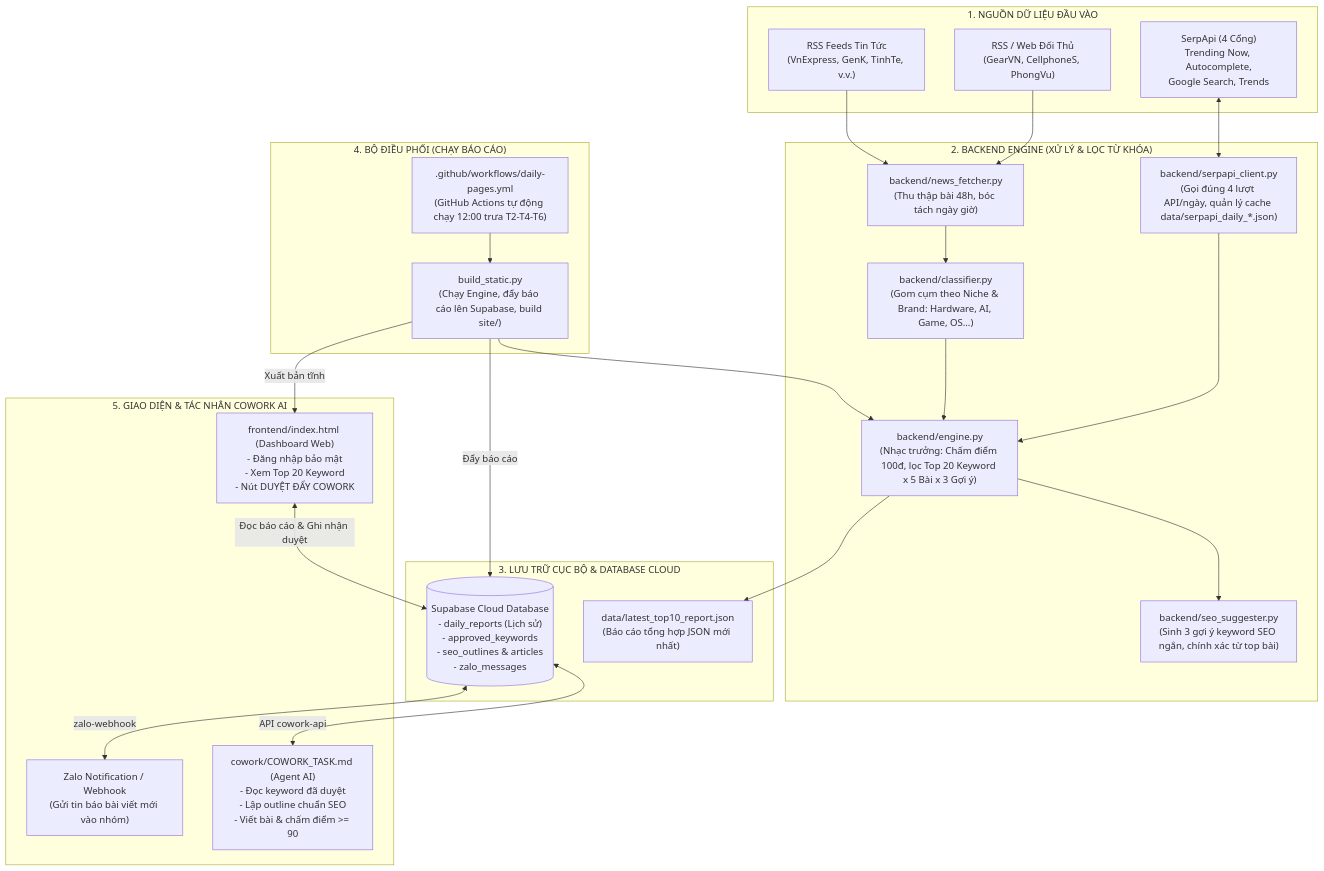
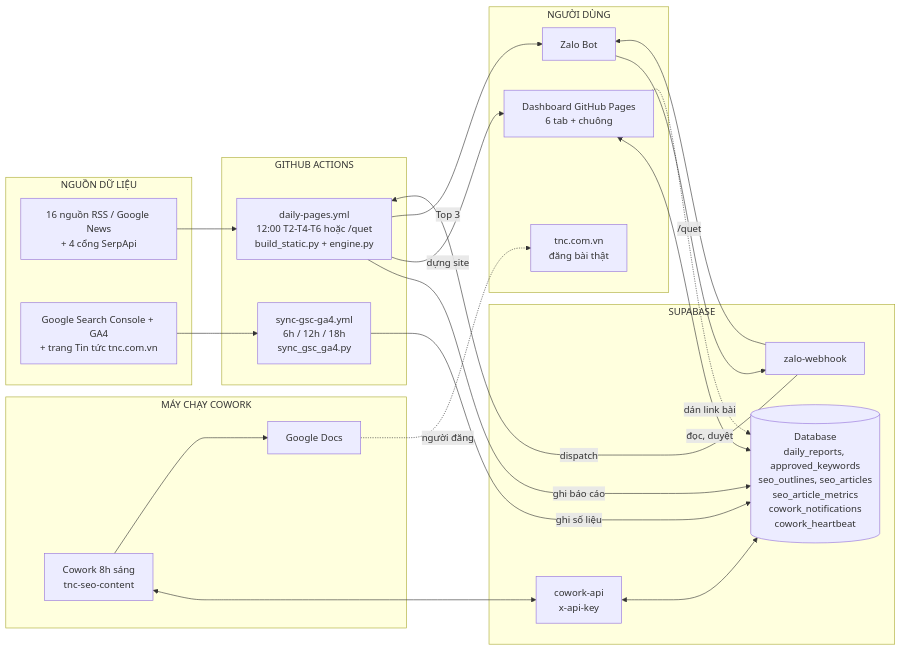
Before and after one commit to trantrang674/KEY_TNC: the first of 2 diagrams in docs/README_SO_DO_HE_THONG.md, drawn with Mermaid. The commit also changed other lines of this file and 9 other files, not shown here.

````diff
--- a/docs/README_SO_DO_HE_THONG.md
+++ b/docs/README_SO_DO_HE_THONG.md
@@ -18,53 +20,45 @@
 ```mermaid
-flowchart TB
-    subgraph SOURCES ["1. NGUỒN DỮ LIỆU ĐẦU VÀO"]
-        RSS["RSS Feeds Tin Tức\n(VnExpress, GenK, TinhTe, v.v.)"]
-        COMP["RSS / Web Đối Thủ\n(GearVN, CellphoneS, PhongVu)"]
-        SERP_API["SerpApi (4 Cổng)\nTrending Now, Autocomplete,\nGoogle Search, Trends"]
+flowchart LR
+    subgraph SRC ["NGUỒN DỮ LIỆU"]
+        RSS["16 nguồn RSS / Google News<br/>+ 4 cổng SerpApi"]
+        GOOGLE["Google Search Console + GA4<br/>+ trang Tin tức tnc.com.vn"]
     end
 
-    subgraph BACKEND ["2. BACKEND ENGINE (XỬ LÝ & LỌC TỪ KHÓA)"]
-        NF["backend/news_fetcher.py\n(Thu thập bài 48h, bóc tách ngày giờ)"]
-        CL["backend/classifier.py\n(Gom cụm theo Niche & Brand: Hardware, AI, Game, OS...)"]
-        SC["backend/serpapi_client.py\n(Gọi đúng 4 lượt API/ngày, quản lý cache data/serpapi_daily_*.json)"]
-        SS["backend/seo_suggester.py\n(Sinh 3 gợi ý keyword SEO ngắn, chính xác từ top bài)"]
-        ENG["backend/engine.py\n(Nhạc trưởng: Chấm điểm 100đ, lọc Top 20 Keyword x 5 Bài x 3 Gợi ý)"]
+    subgraph GH ["GITHUB ACTIONS"]
+        GHA1["daily-pages.yml<br/>12:00 T2-T4-T6 hoặc /quet<br/>build_static.py + engine.py"]
+        GHA2["sync-gsc-ga4.yml<br/>6h / 12h / 18h<br/>sync_gsc_ga4.py"]
     end
 
-    subgraph DATA_STORAGE ["3. LƯU TRỮ CỤC BỘ & DATABASE CLOUD"]
-        LOCAL_JSON["data/latest_top10_report.json\n(Báo cáo tổng hợp JSON mới nhất)"]
-        SUPABASE[("Supabase Cloud Database\n- daily_reports (Lịch sử)\n- approved_keywords\n- seo_outlines & articles\n- zalo_messages")]
+    subgraph SB ["SUPABASE"]
+        DB[("Database<br/>daily_reports, approved_keywords<br/>seo_outlines, seo_articles<br/>seo_article_metrics<br/>cowork_notifications<br/>cowork_heartbeat")]
+        CAPI["cowork-api<br/>x-api-key"]
+        ZF["zalo-webhook"]
     end
 
-    subgraph WORKFLOW_RUNNERS ["4. BỘ ĐIỀU PHỐI (CHẠY BÁO CÁO)"]
-        GHA[".github/workflows/daily-pages.yml\n(GitHub Actions tự động chạy 12:00 trưa T2-T4-T6)"]
-        BS["build_static.py\n(Chạy Engine, đẩy báo cáo lên Supabase, build site/)"]
+    subgraph USERS ["NGƯỜI DÙNG"]
+        DASH["Dashboard GitHub Pages<br/>6 tab + chuông"]
+        ZALO["Zalo Bot"]
+        WEB["tnc.com.vn<br/>đăng bài thật"]
     end
 
-    subgraph USERS_AND_AGENTS ["5. GIAO DIỆN & TÁC NHÂN COWORK AI"]
-        DASHBOARD["frontend/index.html (Dashboard Web)\n- Đăng nhập bảo mật\n- Xem Top 20 Keyword\n- Nút DUYỆT ĐẨY COWORK"]
-        COWORK["cowork/COWORK_TASK.md (Agent AI)\n- Đọc keyword đã duyệt\n- Lập outline chuẩn SEO\n- Viết bài & chấm điểm >= 90"]
-        ZALO["Zalo Notification / Webhook\n(Gửi tin báo bài viết mới vào nhóm)"]
+    subgraph LOCAL ["MÁY CHẠY COWORK"]
+        COWORK["Cowork 8h sáng<br/>tnc-seo-content"]
+        GDOCS["Google Docs"]
     end
 
-    %% Các luồng liên kết
-    RSS & COMP --> NF
-    NF --> CL
-    CL --> ENG
-    SERP_API <--> SC
-    SC --> ENG
-    ENG --> SS
-    ENG --> LOCAL_JSON
-    
-    %% Bộ điều phối
-    GHA --> BS
-    BS --> ENG
-    BS -->|Đẩy báo cáo| SUPABASE
-    BS -->|Xuất bản tĩnh| DASHBOARD
-
-
-    %% Tương tác Web Dashboard & Supabase
-    DASHBOARD <-->|Đọc báo cáo & Ghi nhận duyệt| SUPABASE
-    SUPABASE <-->|API cowork-api| COWORK
-    SUPABASE <-->|zalo-webhook| ZALO
+    RSS --> GHA1
+    GHA1 -->|ghi báo cáo| DB
+    GHA1 -->|dựng site| DASH
+    GHA1 -->|Top 3| ZALO
+    GOOGLE --> GHA2
+    GHA2 -->|ghi số liệu| DB
+    DASH <-->|đọc, duyệt| DB
+    COWORK <--> CAPI
+    CAPI <--> DB
+    COWORK --> GDOCS
+    ZF --> ZALO
+    ZALO -->|/quet| ZF
+    ZF -->|dispatch| GHA1
+    GDOCS -.->|người đăng| WEB
+    DASH -.->|dán link bài| DB
 ```
````
